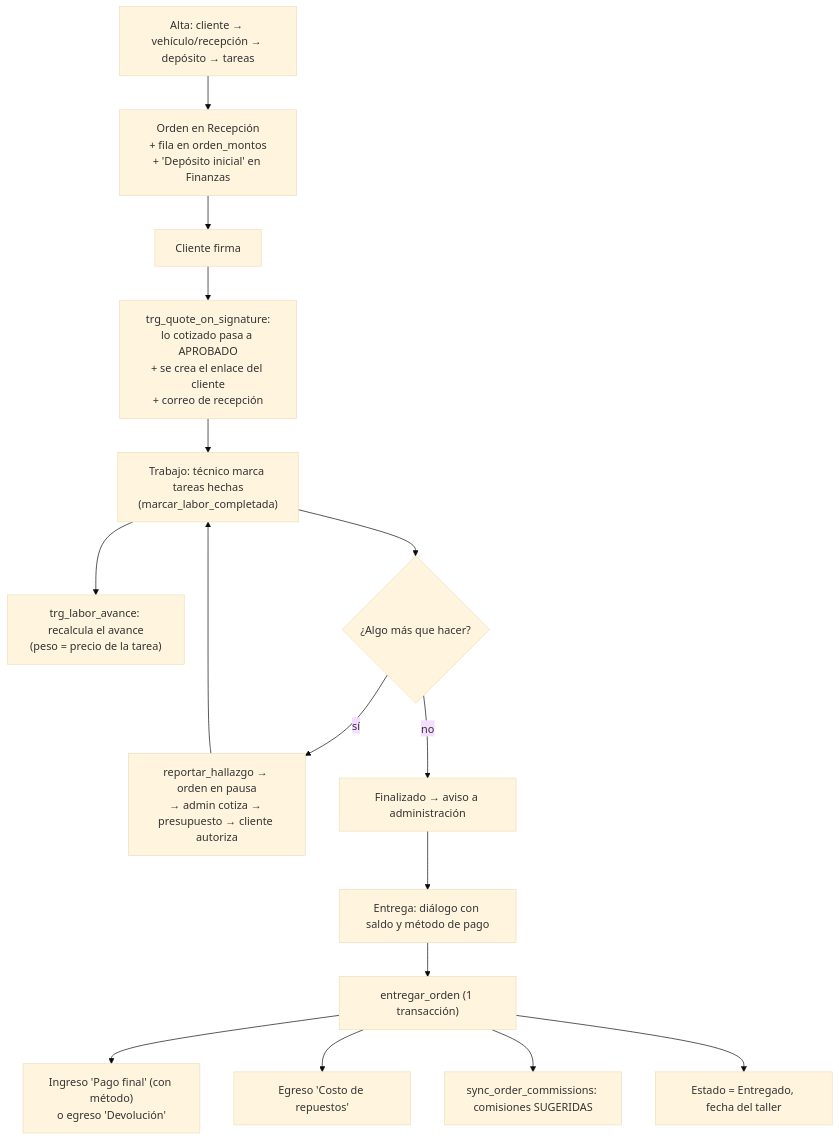
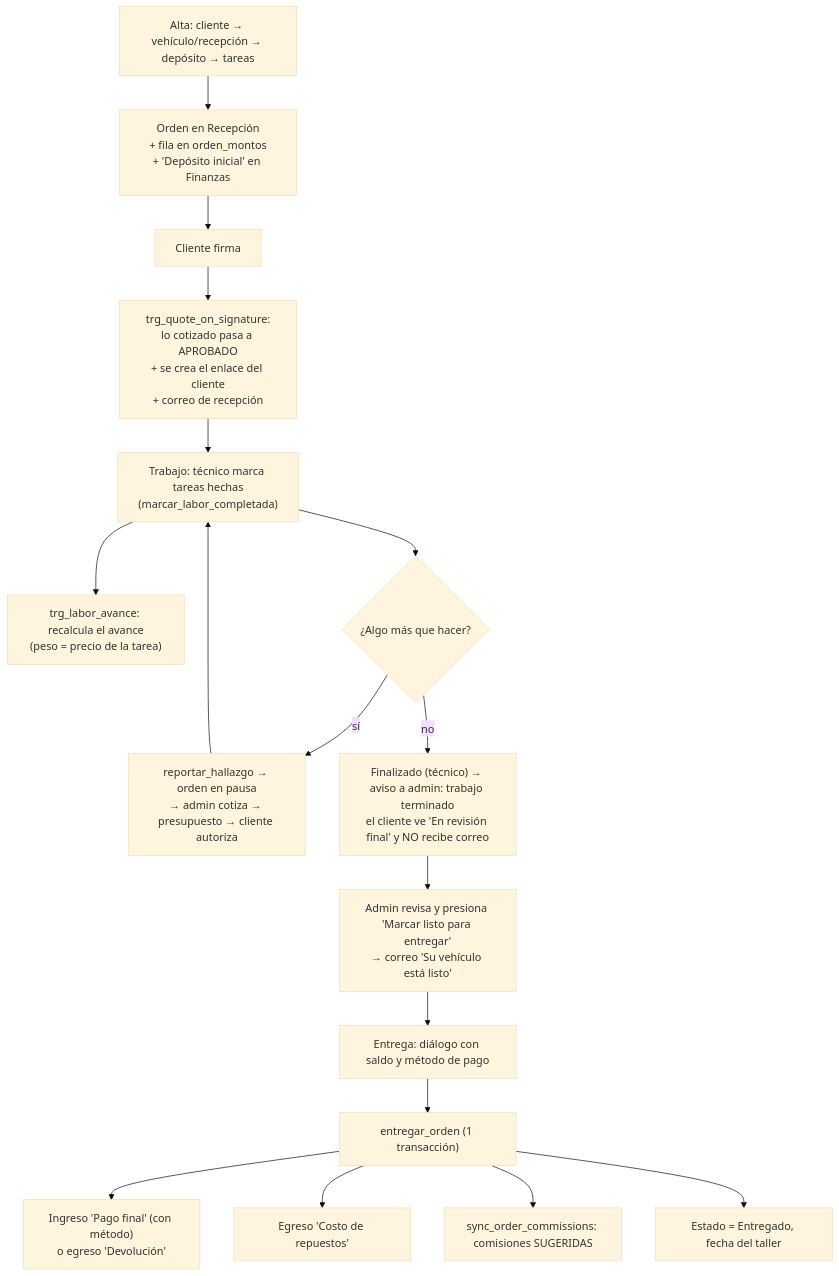
The fourth of 13 diagrams in docs/planos.md (kvngt/store_control_system), drawn with Mermaid (base theme) before and after one commit. The commit also changed other lines of this file and 46 other files, not shown here.

Commit message:
feat: add employee payroll schemas and commission management features with tests and documentation

````diff
--- a/docs/planos.md
+++ b/docs/planos.md
@@ -152,18 +155,19 @@
 ```mermaid
 flowchart TD
   A["Alta: cliente → vehículo/recepción → depósito → tareas"] --> B["Orden en Recepción<br/>+ fila en orden_montos<br/>+ 'Depósito inicial' en Finanzas"]
   B --> C["Cliente firma"]
   C --> D["trg_quote_on_signature:<br/>lo cotizado pasa a APROBADO<br/>+ se crea el enlace del cliente<br/>+ correo de recepción"]
   D --> E["Trabajo: técnico marca tareas hechas<br/>(marcar_labor_completada)"]
   E --> F["trg_labor_avance: recalcula el avance<br/>(peso = precio de la tarea)"]
   E --> G{"¿Algo más que hacer?"}
   G -->|sí| H["reportar_hallazgo → orden en pausa<br/>→ admin cotiza → presupuesto → cliente autoriza"]
   H --> E
-  G -->|no| I["Finalizado → aviso a administración"]
-  I --> J["Entrega: diálogo con saldo y método de pago"]
+  G -->|no| I["Finalizado (técnico) → aviso a admin: trabajo terminado<br/>el cliente ve 'En revisión final' y NO recibe correo"]
+  I --> I2["Admin revisa y presiona 'Marcar listo para entregar'<br/>→ correo 'Su vehículo está listo'"]
+  I2 --> J["Entrega: diálogo con saldo y método de pago"]
   J --> K["entregar_orden (1 transacción)"]
   K --> K1["Ingreso 'Pago final' (con método)<br/>o egreso 'Devolución'"]
   K --> K2["Egreso 'Costo de repuestos'"]
   K --> K3["sync_order_commissions: comisiones SUGERIDAS"]
   K --> K4["Estado = Entregado, fecha del taller"]
 ```
````
